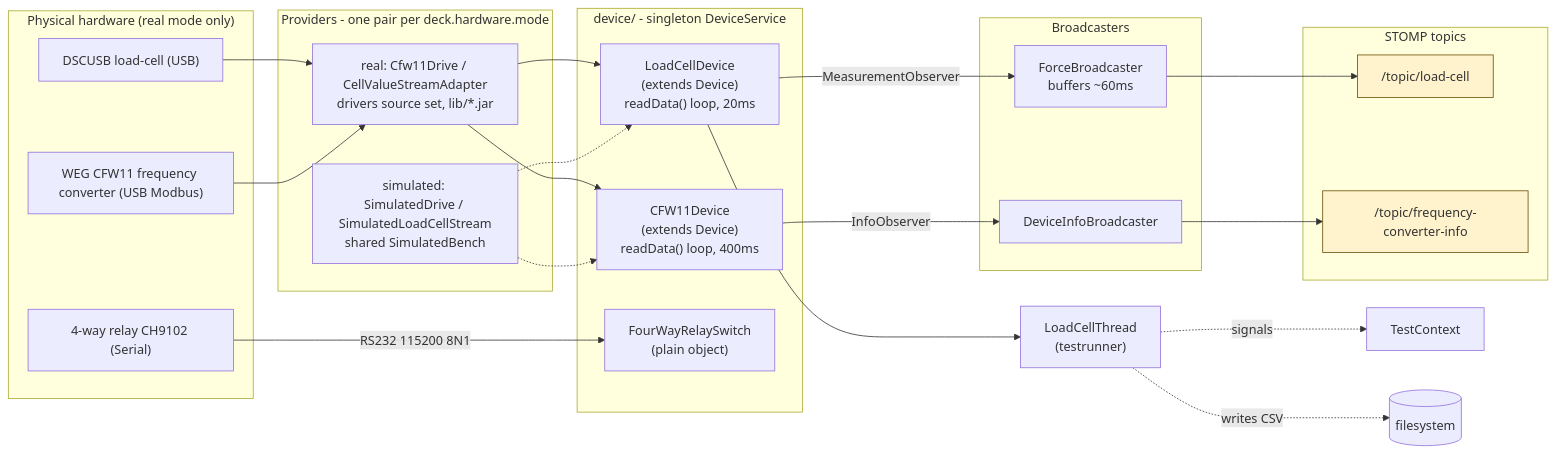
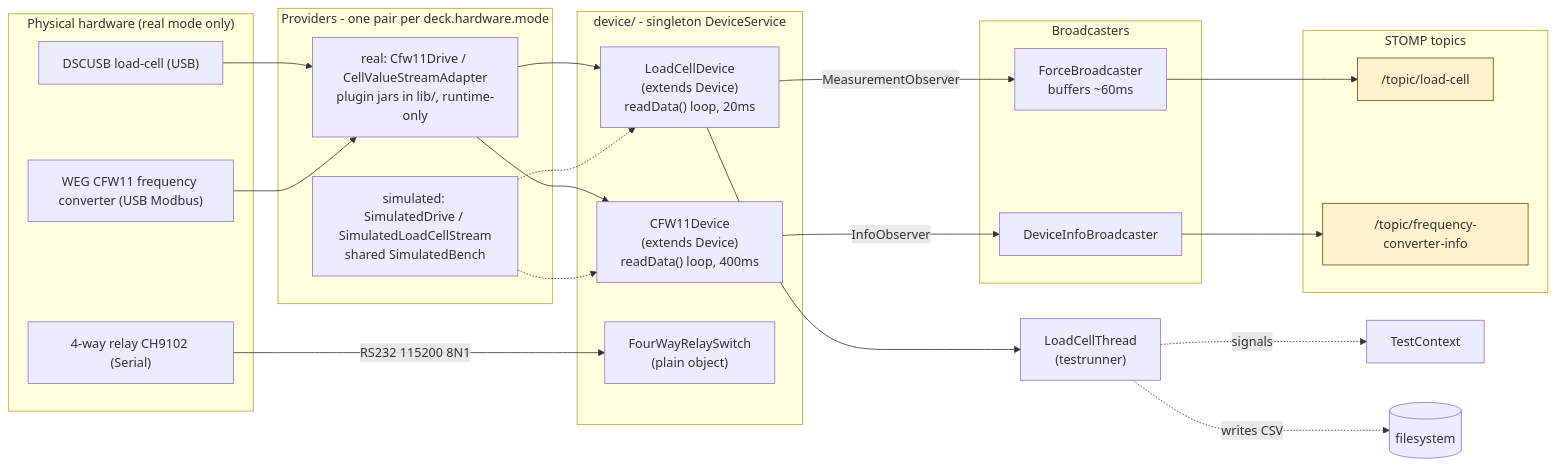
Before and after one commit to rupfizupfi/breaktest-command-deck: the diagram in doc/03-backend/hardware-integration.md, drawn with Mermaid. The commit also changed other lines of this file and 9 other files, not shown here.

First line of the commit message:
docs: driver plugin architecture, close OQ-75 and OQ-76

````diff
--- a/doc/03-backend/hardware-integration.md
+++ b/doc/03-backend/hardware-integration.md
@@ -29,46 +29,46 @@
 ```mermaid
 flowchart LR
     subgraph Hardware["Physical hardware (real mode only)"]
         DSC["DSCUSB load-cell (USB)"]
         CFW["WEG CFW11 frequency converter (USB Modbus)"]
         REL["4-way relay CH9102 (Serial)"]
     end
 
     subgraph Providers["Providers - one pair per deck.hardware.mode"]
-        VEND["real: Cfw11Drive / CellValueStreamAdapter<br/>drivers source set, lib/*.jar"]
+        VEND["real: Cfw11Drive / CellValueStreamAdapter<br/>plugin jars in lib/, runtime-only"]
         SIM["simulated: SimulatedDrive / SimulatedLoadCellStream<br/>shared SimulatedBench"]
     end
 
     subgraph DeviceLayer["device/ - singleton DeviceService"]
         LCD["LoadCellDevice<br/>(extends Device)<br/>readData() loop, 20ms"]
         CFD["CFW11Device<br/>(extends Device)<br/>readData() loop, 400ms"]
         FRS["FourWayRelaySwitch<br/>(plain object)"]
     end
 
     subgraph Broadcasters
         FB["ForceBroadcaster<br/>buffers ~60ms"]
         DIB["DeviceInfoBroadcaster"]
     end
 
     subgraph Topics["STOMP topics"]
         T1["/topic/load-cell"]
         T2["/topic/frequency-converter-info"]
     end
 
     DSC --> VEND
     CFW --> VEND
     REL -->|"RS232 115200 8N1"| FRS
     VEND --> LCD
     VEND --> CFD
     SIM -.-> LCD
     SIM -.-> CFD
 
     LCD -->|MeasurementObserver| FB --> T1
     CFD -->|InfoObserver| DIB --> T2
     LCD --> LCT["LoadCellThread<br/>(testrunner)"]
     LCT -.->|signals| TC[TestContext]
     LCT -.->|writes CSV| FS[(filesystem)]
 
     classDef topic fill:#fff3cd,stroke:#664d03
     class T1,T2 topic
 ```
````
